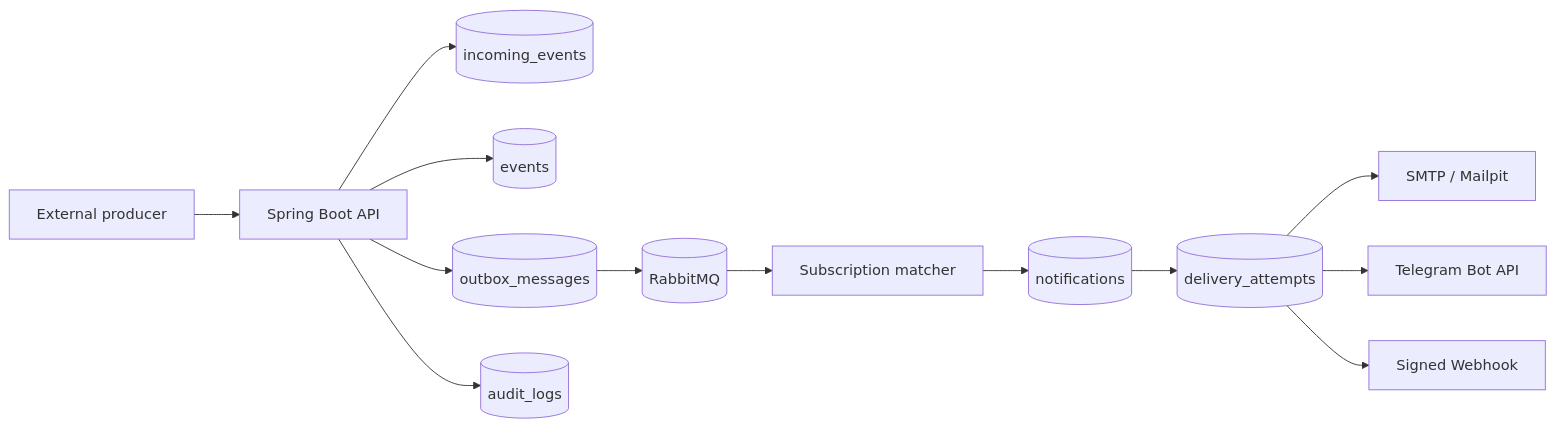
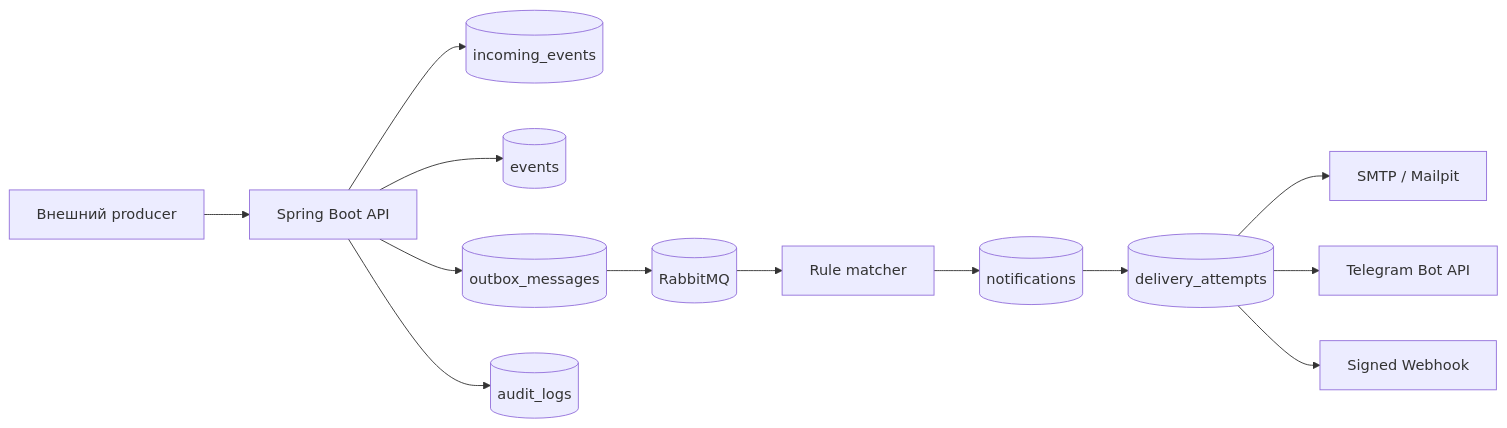
Before and after one commit to AlexToday111/Notification-Subscription-Platform: the diagram in README.md, drawn with Mermaid. The commit also changed other lines of this file and 1 other file, not shown here.

````diff
--- a/README.md
+++ b/README.md
@@ -23,15 +27,15 @@
 ```mermaid
 flowchart LR
-    Client[External producer] --> API[Spring Boot API]
+    Client[Внешний producer] --> API[Spring Boot API]
     API --> Incoming[(incoming_events)]
     API --> Events[(events)]
     API --> Outbox[(outbox_messages)]
     Outbox --> Rabbit[(RabbitMQ)]
-    Rabbit --> Matcher[Subscription matcher]
+    Rabbit --> Matcher[Rule matcher]
     Matcher --> Notifications[(notifications)]
     Notifications --> Delivery[(delivery_attempts)]
     Delivery --> Email[SMTP / Mailpit]
     Delivery --> Telegram[Telegram Bot API]
     Delivery --> Webhook[Signed Webhook]
     API --> Audit[(audit_logs)]
 ```
````
